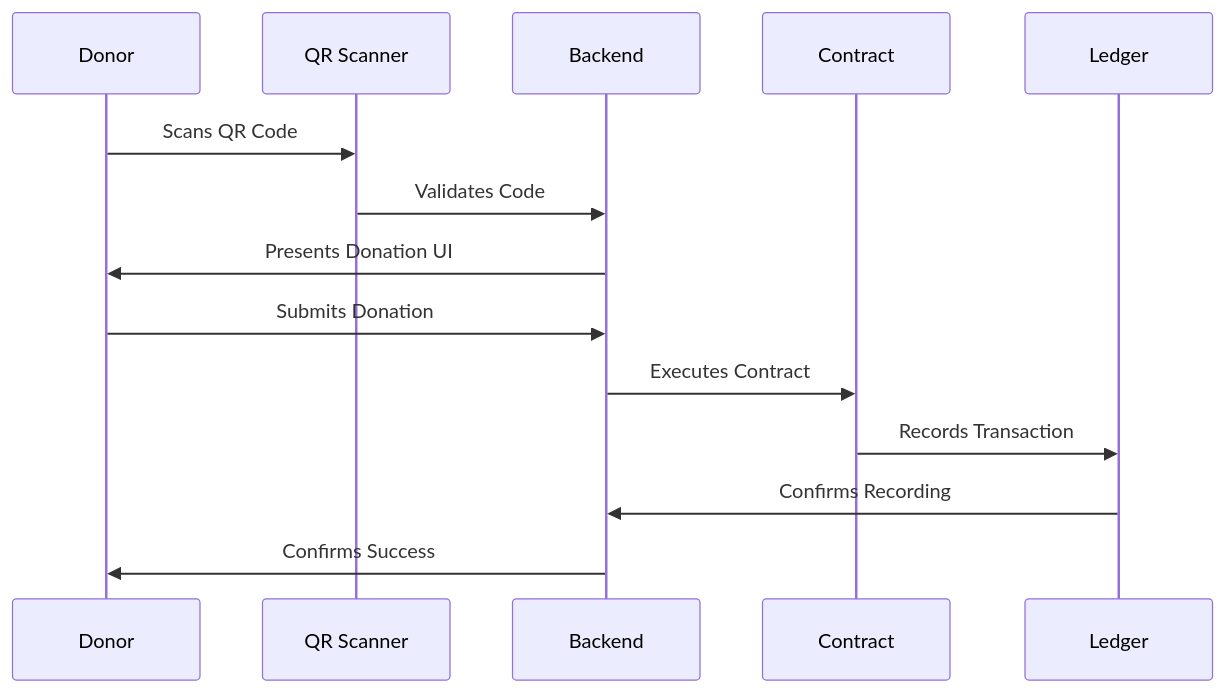
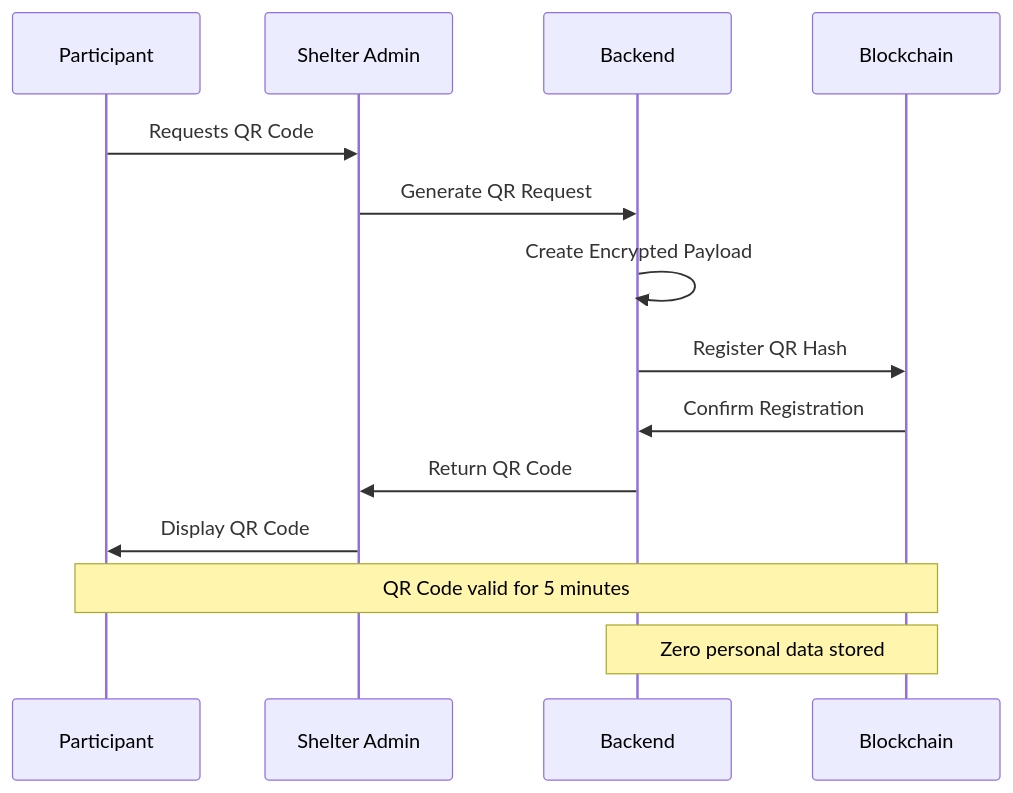
The third of 4 diagrams in docs/02-architecture/whitepaper_final.md (mrj0nesmtl/sheltr-ai), drawn with Mermaid before and after one commit. The commit also changed other lines of this file and 25 other files, not shown here.

````diff
--- a/docs/02-architecture/whitepaper_final.md
+++ b/docs/02-architecture/whitepaper_final.md
@@ -302,17 +374,18 @@
 ```mermaid
 sequenceDiagram
-    participant D as Donor
-    participant Q as QR Scanner
+    participant P as Participant
+    participant S as Shelter Admin
     participant B as Backend
-    participant C as Contract
-    participant L as Ledger
+    participant BC as Blockchain
     
-    D->>Q: Scans QR Code
-    Q->>B: Validates Code
-    B->>D: Presents Donation UI
-    D->>B: Submits Donation
-    B->>C: Executes Contract
-    C->>L: Records Transaction
-    L->>B: Confirms Recording
-    B->>D: Confirms Success
+    P->>S: Requests QR Code
+    S->>B: Generate QR Request
+    B->>B: Create Encrypted Payload
+    B->>BC: Register QR Hash
+    BC->>B: Confirm Registration
+    B->>S: Return QR Code
+    S->>P: Display QR Code
+    
+    Note over P,BC: QR Code valid for 5 minutes
+    Note over B,BC: Zero personal data stored
 ```
````
